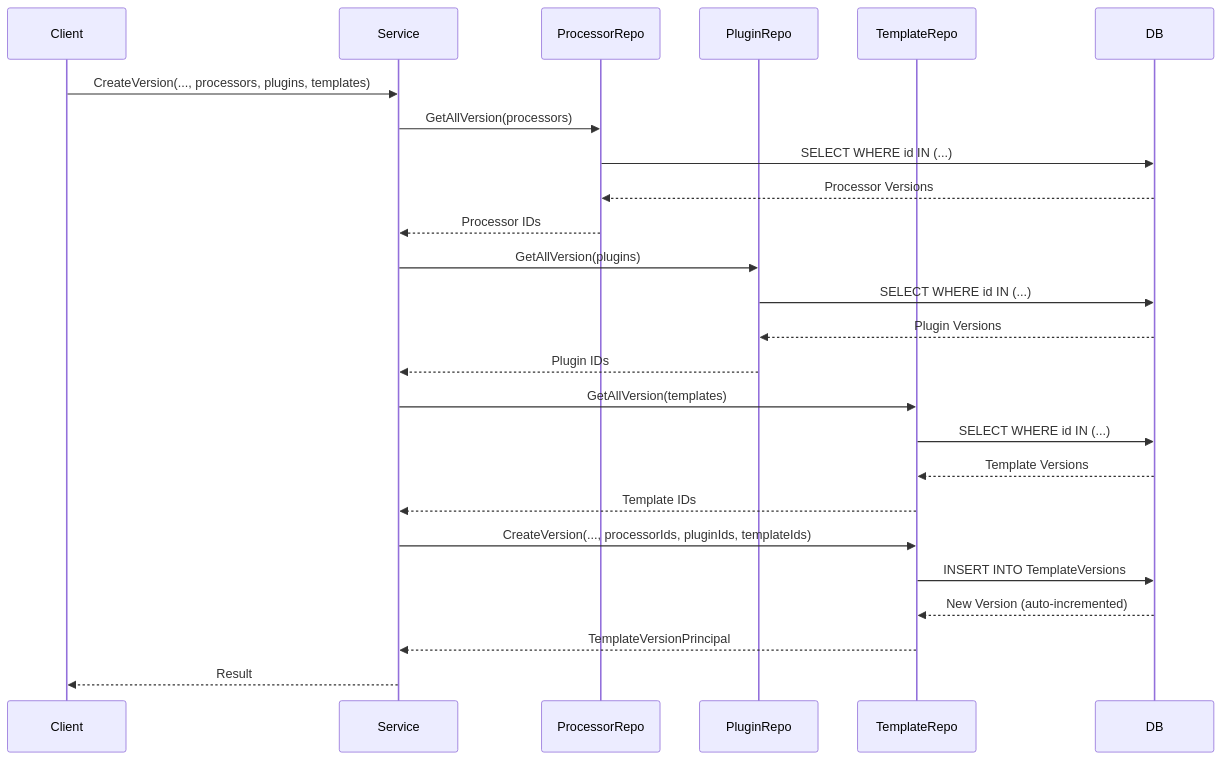
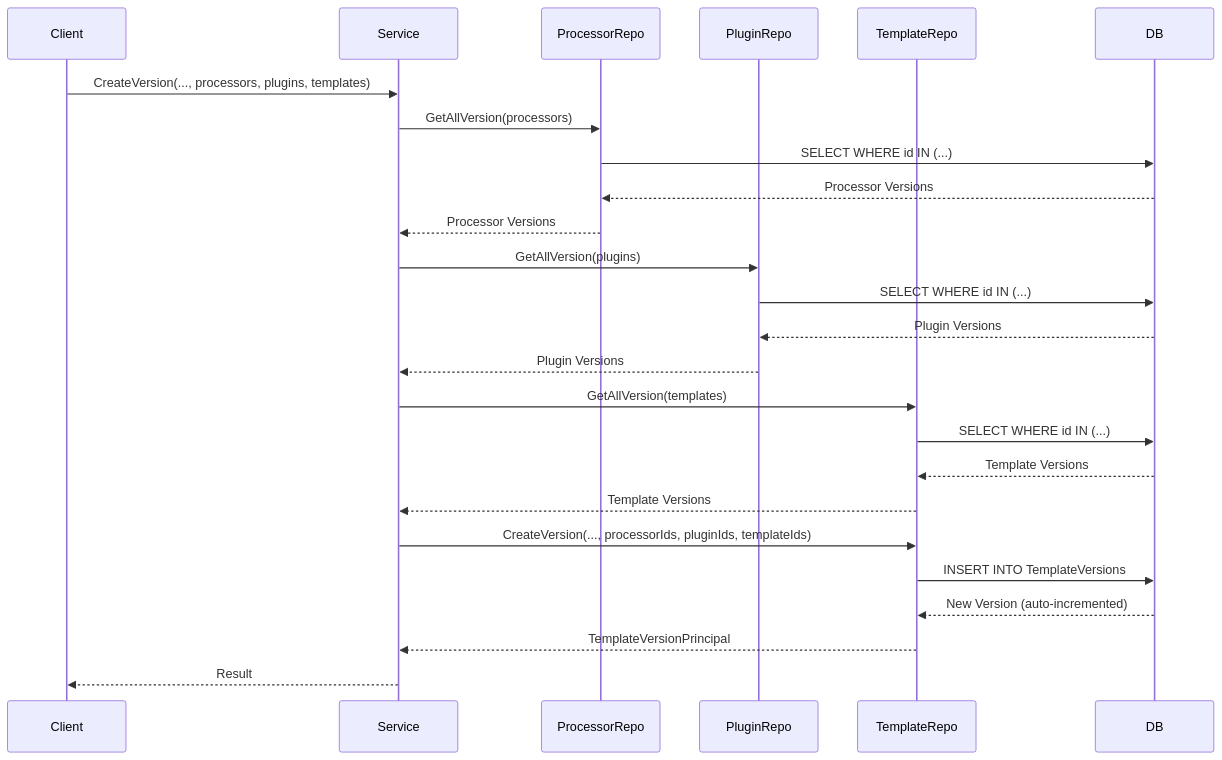
The second of 7 diagrams in docs/developer/concepts/04-version.md (AtomiCloud/sulfone.zinc), drawn with Mermaid before and after one commit. The commit also changed other lines of this file and 31 other files, not shown here.

````diff
--- a/docs/developer/concepts/04-version.md
+++ b/docs/developer/concepts/04-version.md
@@ -64,31 +64,31 @@
 ```mermaid
 sequenceDiagram
     participant Client
     participant Service
     participant ProcessorRepo
     participant PluginRepo
     participant TemplateRepo
     participant DB
 
     Client->>Service: CreateVersion(..., processors, plugins, templates)
     Service->>ProcessorRepo: GetAllVersion(processors)
     ProcessorRepo->>DB: SELECT WHERE id IN (...)
     DB-->>ProcessorRepo: Processor Versions
-    ProcessorRepo-->>Service: Processor IDs
+    ProcessorRepo-->>Service: Processor Versions
 
     Service->>PluginRepo: GetAllVersion(plugins)
     PluginRepo->>DB: SELECT WHERE id IN (...)
     DB-->>PluginRepo: Plugin Versions
-    PluginRepo-->>Service: Plugin IDs
+    PluginRepo-->>Service: Plugin Versions
 
     Service->>TemplateRepo: GetAllVersion(templates)
     TemplateRepo->>DB: SELECT WHERE id IN (...)
     DB-->>TemplateRepo: Template Versions
-    TemplateRepo-->>Service: Template IDs
+    TemplateRepo-->>Service: Template Versions
 
     Service->>TemplateRepo: CreateVersion(..., processorIds, pluginIds, templateIds)
     TemplateRepo->>DB: INSERT INTO TemplateVersions
     DB-->>TemplateRepo: New Version (auto-incremented)
     TemplateRepo-->>Service: TemplateVersionPrincipal
     Service-->>Client: Result
 ```
````
